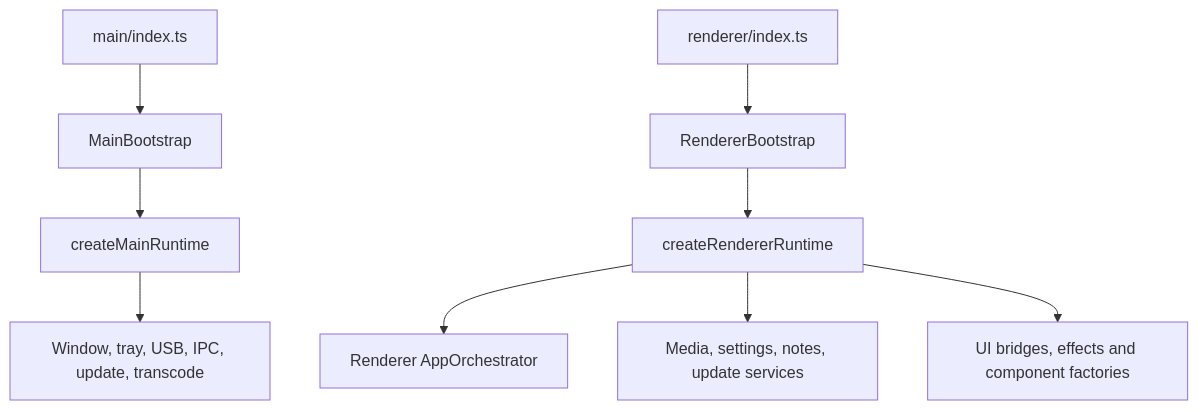
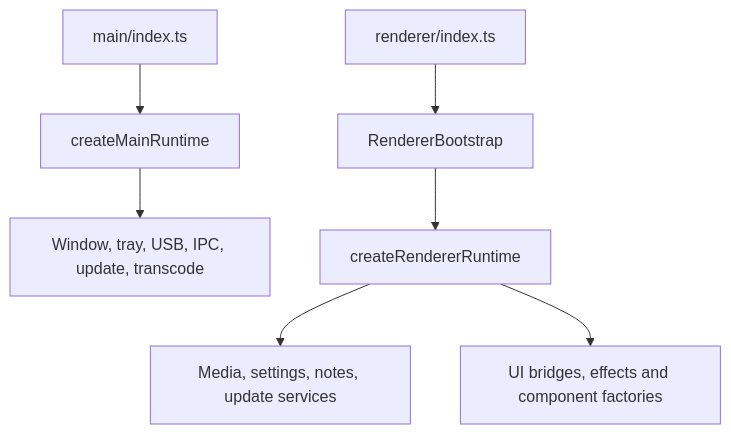
The first of 4 diagrams in docs/architecture-diagrams.md (josstei/prismgb-app), drawn with Mermaid before and after one commit. The commit also changed other lines of this file and 97 other files, not shown here.

````diff
--- a/docs/architecture-diagrams.md
+++ b/docs/architecture-diagrams.md
@@ -9,11 +9,9 @@
 ```mermaid
 flowchart TD
-  MainEntry["main/index.ts"] --> MainBootstrap
-  MainBootstrap --> MainRuntime["createMainRuntime"]
+  MainEntry["main/index.ts"] --> MainRuntime["createMainRuntime"]
   MainRuntime --> MainServices["Window, tray, USB, IPC, update, transcode"]
   RendererEntry["renderer/index.ts"] --> RendererBootstrap
   RendererBootstrap --> RendererRuntime["createRendererRuntime"]
-  RendererRuntime --> RendererApp["Renderer AppOrchestrator"]
   RendererRuntime --> Services["Media, settings, notes, update services"]
   RendererRuntime --> UI["UI bridges, effects and component factories"]
 ```
````
